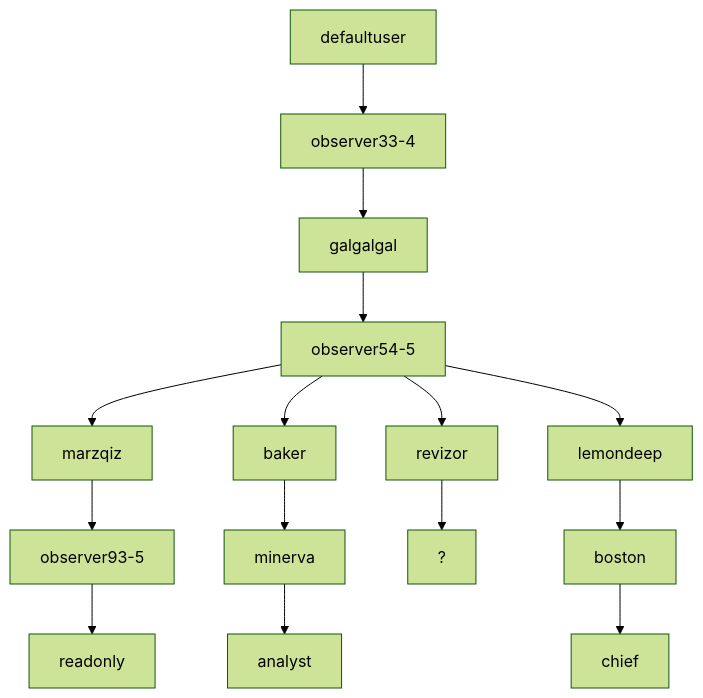
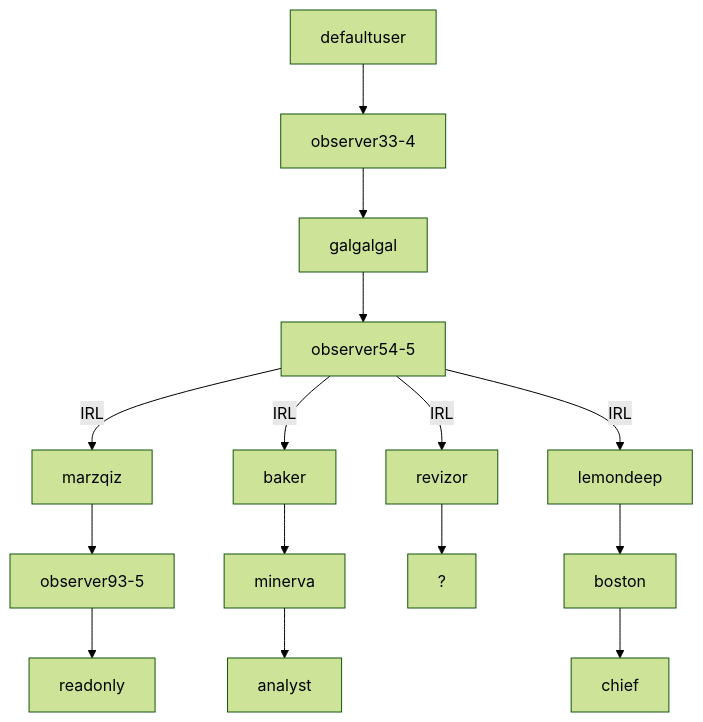
Before and after one commit to Philsie/ARRS-documentation: the diagram in README.md, drawn with Mermaid (forest theme).

````diff
--- a/README.md
+++ b/README.md
@@ -20,17 +20,17 @@
 ```mermaid
 graph TD;
     defaultuser-->observer33-4;
     observer33-4-->galgalgal;
     galgalgal-->observer54-5;
-    observer54-5-->revizor;
-    observer54-5-->marzqiz;
-    observer54-5-->baker;
-    observer54-5-->lemondeep;
+    observer54-5--IRL-->revizor;
+    observer54-5--IRL-->marzqiz;
+    observer54-5--IRL-->baker;
+    observer54-5--IRL-->lemondeep;
     baker-->minerva;
     minerva-->analyst;
     marzqiz-->observer93-5;
     observer93-5-->readonly;
     revizor-->?;
     lemondeep-->boston;
     boston-->chief;
 ```
````
